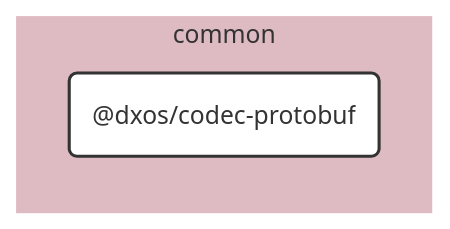
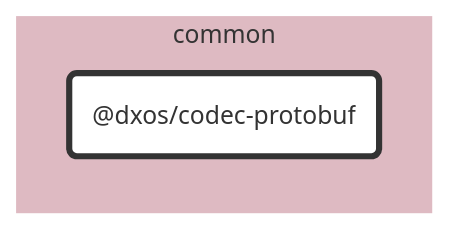
Before and after one commit to dxos/dxos: the diagram in packages/common/codec-protobuf/docs/README.md, drawn with Mermaid. The commit also changed 683 other files, not shown here.

````diff
--- a/packages/common/codec-protobuf/docs/README.md
+++ b/packages/common/codec-protobuf/docs/README.md
@@ -7,25 +7,20 @@
 ```mermaid
 %%{ init: {'flowchart':{'curve':'basis'}} }%%
 
 flowchart LR
 
-%% Links
+%% Classes
+classDef def fill:#fff,stroke:#333,stroke-width:1px
+classDef root fill:#fff,stroke:#333,stroke-width:4px
 
-%% Sections
-subgraph common
-  style common fill:#debac2,stroke:#fff;
+%% Nodes
 
-  dxos/codec-protobuf("@dxos/codec-protobuf")
+subgraph common [common]
+  style common fill:#debac2,stroke:#fff
+  dxos/codec-protobuf("@dxos/codec-protobuf"):::root
+  click dxos/codec-protobuf "dxos/dxos/tree/main/packages/common/codec-protobuf/docs"
 end
 
-
-%% Hyperlinks
-
-%% Styles
-classDef rootNode fill:#fff,stroke:#333,stroke-width:2px
-classDef defaultNode fill:#fff,stroke:#333,stroke-width:1px
+%% Links
 linkStyle default stroke:#333,stroke-width:1px
-
-dxos/codec-protobuf:::rootNode
-
 ```
````
